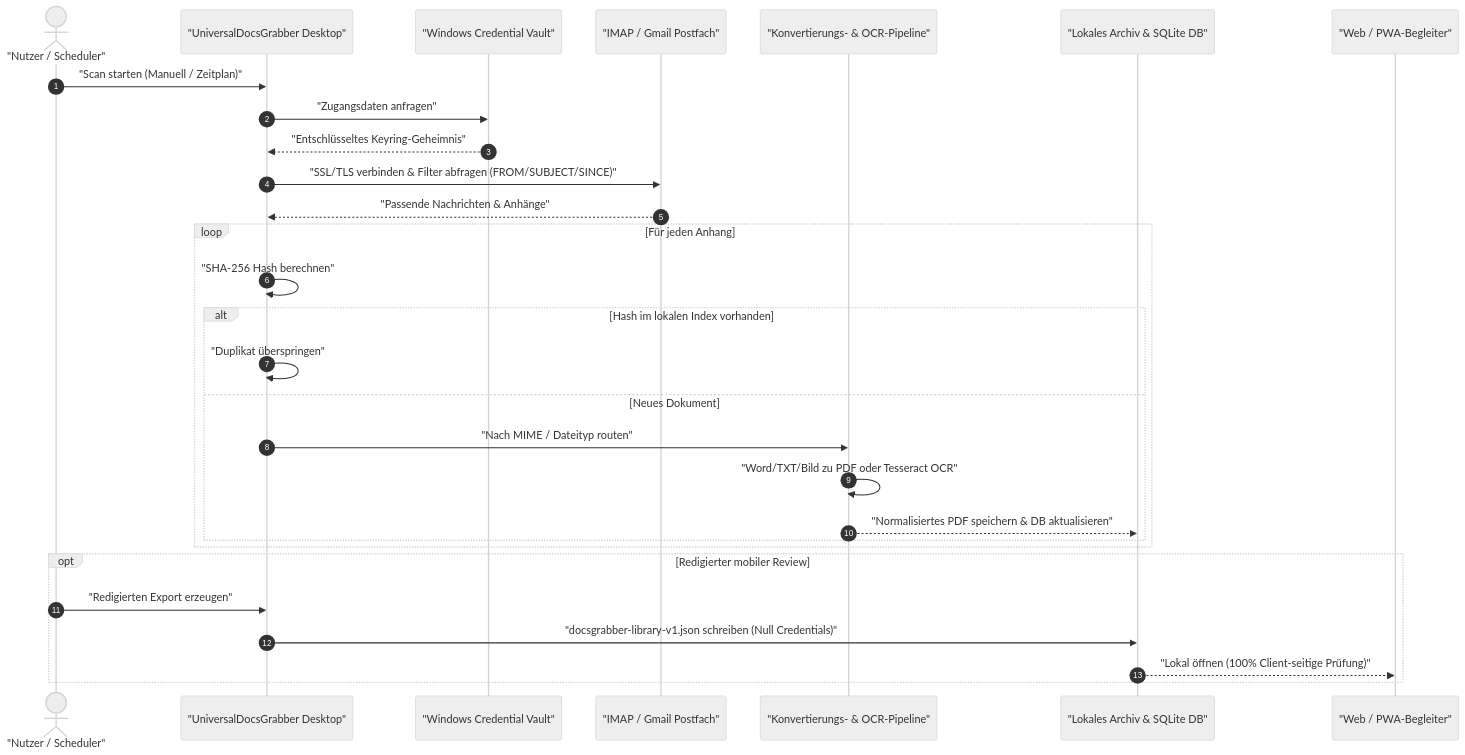
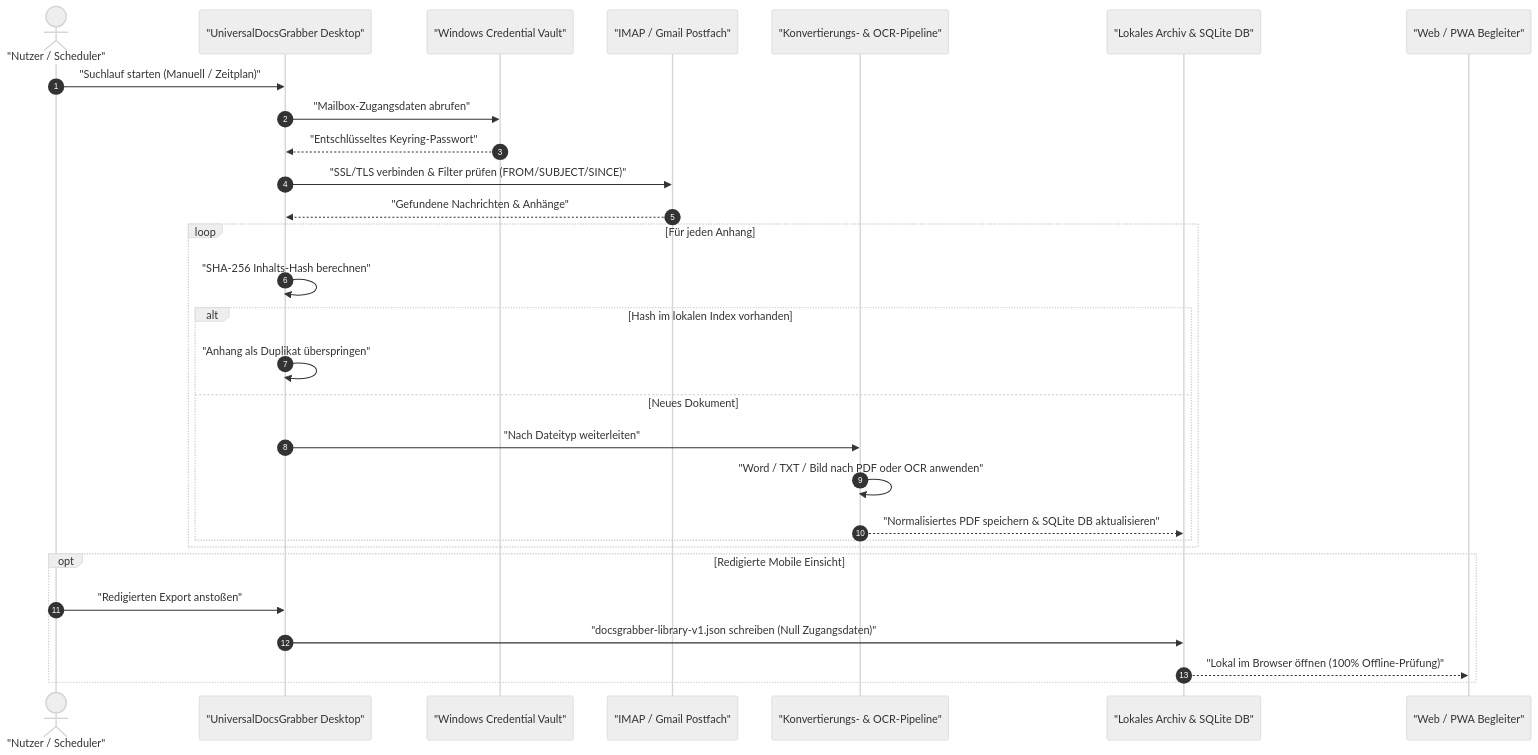
One commit to doc-bricks/UniversalDocsGrabber changed the second of 2 diagrams in README-DE.md. Above: the diagram before and after it, drawn with Mermaid (neutral theme). The commit also changed other lines of this file and 7 other files, not shown here.

````diff
--- a/README-DE.md
+++ b/README-DE.md
@@ -118,32 +214,32 @@
 ```mermaid
 sequenceDiagram
     autonumber
     actor User as "Nutzer / Scheduler"
     participant App as "UniversalDocsGrabber Desktop"
     participant Vault as "Windows Credential Vault"
     participant IMAP as "IMAP / Gmail Postfach"
     participant Pipeline as "Konvertierungs- & OCR-Pipeline"
     participant Storage as "Lokales Archiv & SQLite DB"
-    participant PWA as "Web / PWA-Begleiter"
+    participant PWA as "Web / PWA Begleiter"
 
-    User->>App: "Scan starten (Manuell / Zeitplan)"
-    App->>Vault: "Zugangsdaten anfragen"
-    Vault-->>App: "Entschlüsseltes Keyring-Geheimnis"
-    App->>IMAP: "SSL/TLS verbinden & Filter abfragen (FROM/SUBJECT/SINCE)"
-    IMAP-->>App: "Passende Nachrichten & Anhänge"
+    User->>App: "Suchlauf starten (Manuell / Zeitplan)"
+    App->>Vault: "Mailbox-Zugangsdaten abrufen"
+    Vault-->>App: "Entschlüsseltes Keyring-Passwort"
+    App->>IMAP: "SSL/TLS verbinden & Filter prüfen (FROM/SUBJECT/SINCE)"
+    IMAP-->>App: "Gefundene Nachrichten & Anhänge"
     loop Für jeden Anhang
-        App->>App: "SHA-256 Hash berechnen"
+        App->>App: "SHA-256 Inhalts-Hash berechnen"
         alt Hash im lokalen Index vorhanden
-            App->>App: "Duplikat überspringen"
+            App->>App: "Anhang als Duplikat überspringen"
         else Neues Dokument
-            App->>Pipeline: "Nach MIME / Dateityp routen"
-            Pipeline->>Pipeline: "Word/TXT/Bild zu PDF oder Tesseract OCR"
-            Pipeline-->>Storage: "Normalisiertes PDF speichern & DB aktualisieren"
+            App->>Pipeline: "Nach Dateityp weiterleiten"
+            Pipeline->>Pipeline: "Word / TXT / Bild nach PDF oder OCR anwenden"
+            Pipeline-->>Storage: "Normalisiertes PDF speichern & SQLite DB aktualisieren"
         end
     end
-    opt Redigierter mobiler Review
-        User->>App: "Redigierten Export erzeugen"
-        App->>Storage: "docsgrabber-library-v1.json schreiben (Null Credentials)"
-        Storage-->>PWA: "Lokal öffnen (100% Client-seitige Prüfung)"
+    opt Redigierte Mobile Einsicht
+        User->>App: "Redigierten Export anstoßen"
+        App->>Storage: "docsgrabber-library-v1.json schreiben (Null Zugangsdaten)"
+        Storage-->>PWA: "Lokal im Browser öffnen (100% Offline-Prüfung)"
     end
 ```
````
